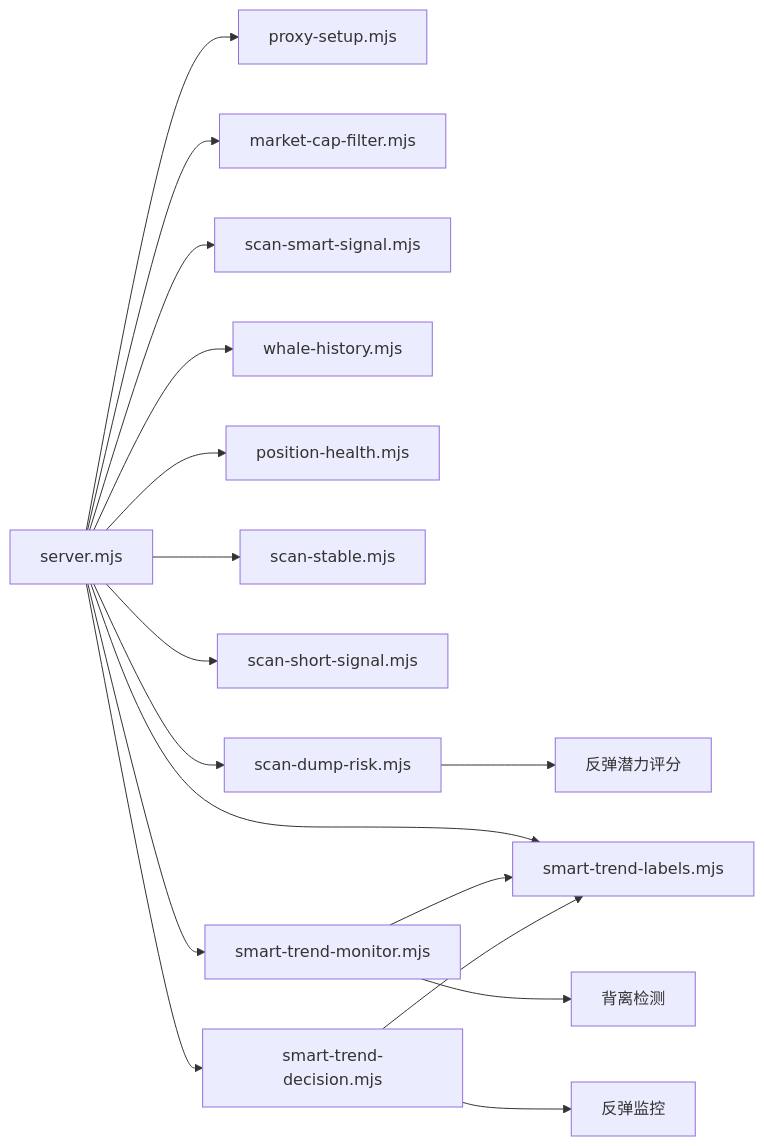
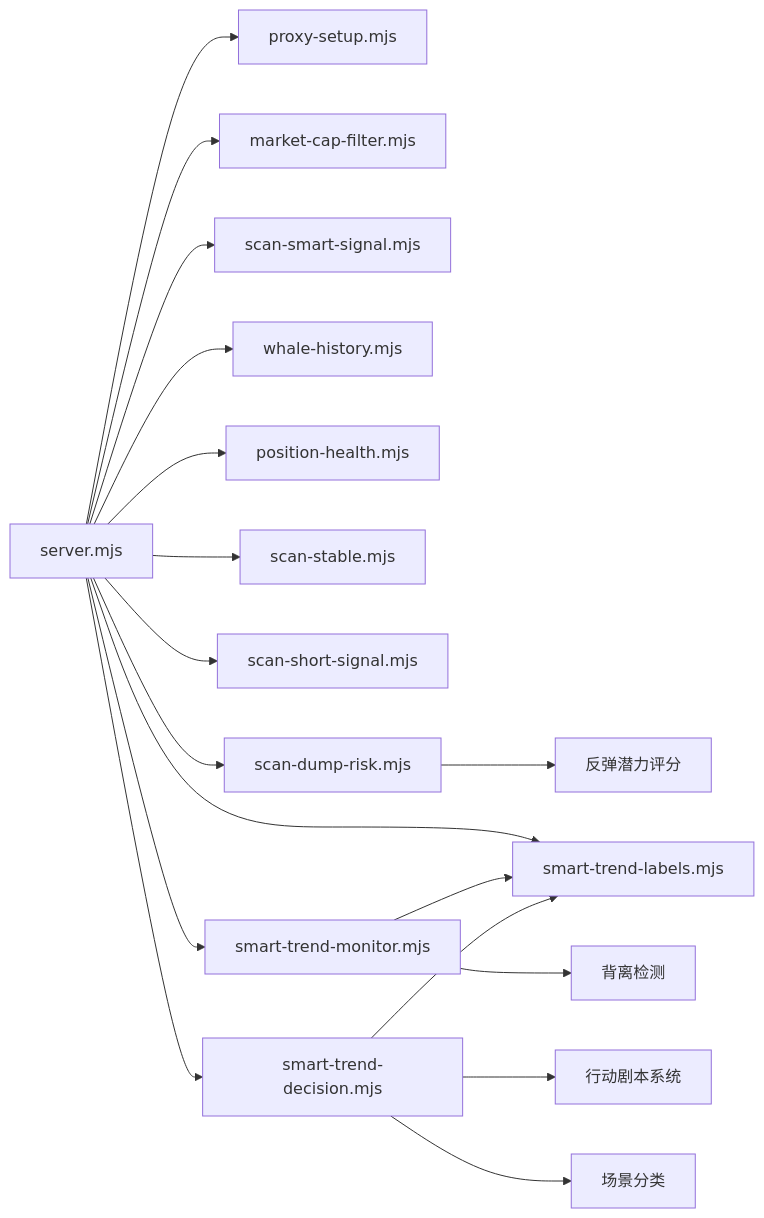
One commit to kekexilinan/BinaceSmart changed diagram 16 of 17 in .qoder/repowiki/zh/content/核心功能模块/聪明钱监控系统/聪明钱监控系统.md. Above: the diagram before and after it, drawn with Mermaid. The commit also changed other lines of this file and 63 other files, not shown here.

````diff
--- a/.qoder/repowiki/zh/content/核心功能模块/聪明钱监控系统/聪明钱监控系统.md
+++ b/.qoder/repowiki/zh/content/核心功能模块/聪明钱监控系统/聪明钱监控系统.md
@@ -582,19 +666,20 @@
 ```mermaid
 graph LR
 server["server.mjs"] --> proxy["proxy-setup.mjs"]
 server --> mcf["market-cap-filter.mjs"]
 server --> ss["scan-smart-signal.mjs"]
 server --> wh["whale-history.mjs"]
 server --> ph["position-health.mjs"]
 server --> st["scan-stable.mjs"]
 server --> sh["scan-short-signal.mjs"]
 server --> dr["scan-dump-risk.mjs"]
 server --> tm["smart-trend-monitor.mjs"]
 server --> td["smart-trend-decision.mjs"]
 server --> tl["smart-trend-labels.mjs"]
 tm --> tl
 td --> tl
 tm --> divergence["背离检测"]
-td --> rebound["反弹监控"]
+td --> playbook["行动剧本系统"]
+td --> scenarios["场景分类"]
 dr --> potential["反弹潜力评分"]
 ```
````
